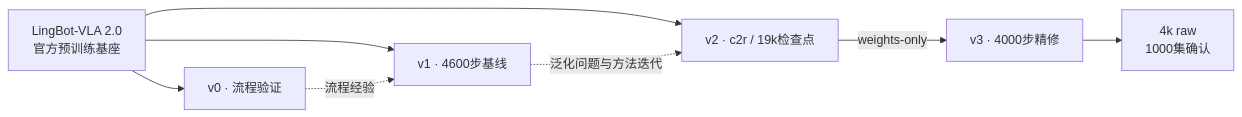
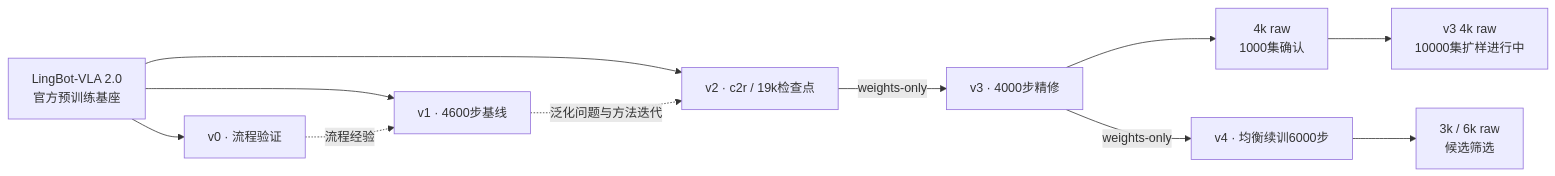
The first of 2 diagrams in README.md (tlysanhuo/lingbot-vla-challenge), drawn with Mermaid before and after one commit. The commit also changed other lines of this file and 40 other files, not shown here.

````diff
--- a/README.md
+++ b/README.md
@@ -95,11 +212,14 @@
 ```mermaid
 flowchart LR
     Base[LingBot-VLA 2.0<br/>官方预训练基座]
     Base --> V0[v0 · 流程验证]
     Base --> V1[v1 · 4600步基线]
     Base --> V2[v2 · c2r / 19k检查点]
     V2 -->|weights-only| V3[v3 · 4000步精修]
     V0 -.流程经验.-> V1
     V1 -.泛化问题与方法迭代.-> V2
     V3 --> Confirm[4k raw<br/>1000集确认]
+    V3 -->|weights-only| V4[v4 · 均衡续训6000步]
+    V4 --> Screen[3k / 6k raw<br/>候选筛选]
+    Confirm --> Full[v3 4k raw<br/>10000集扩样进行中]
 ```
````
